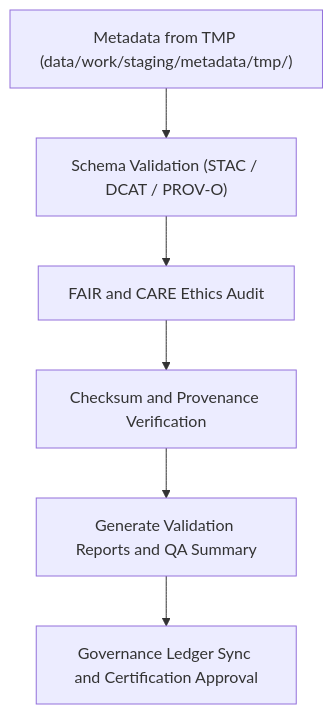
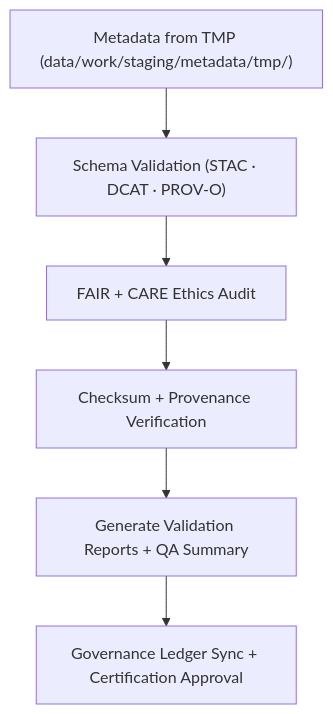
The diagram in data/work/staging/metadata/validation/README.md (bartytime4life/Kansas-Frontier-Matrix), drawn with Mermaid before and after one commit. The commit also changed other lines of this file, not shown here.

````diff
--- a/data/work/staging/metadata/validation/README.md
+++ b/data/work/staging/metadata/validation/README.md
@@ -63,8 +67,8 @@
 ```mermaid
 flowchart TD
-    A["Metadata from TMP (data/work/staging/metadata/tmp/)"] --> B["Schema Validation (STAC / DCAT / PROV-O)"]
-    B --> C["FAIR and CARE Ethics Audit"]
-    C --> D["Checksum and Provenance Verification"]
-    D --> E["Generate Validation Reports and QA Summary"]
-    E --> F["Governance Ledger Sync and Certification Approval"]
+    A["Metadata from TMP (data/work/staging/metadata/tmp/)"] --> B["Schema Validation (STAC · DCAT · PROV-O)"]
+    B --> C["FAIR + CARE Ethics Audit"]
+    C --> D["Checksum + Provenance Verification"]
+    D --> E["Generate Validation Reports + QA Summary"]
+    E --> F["Governance Ledger Sync + Certification Approval"]
 ```
````
